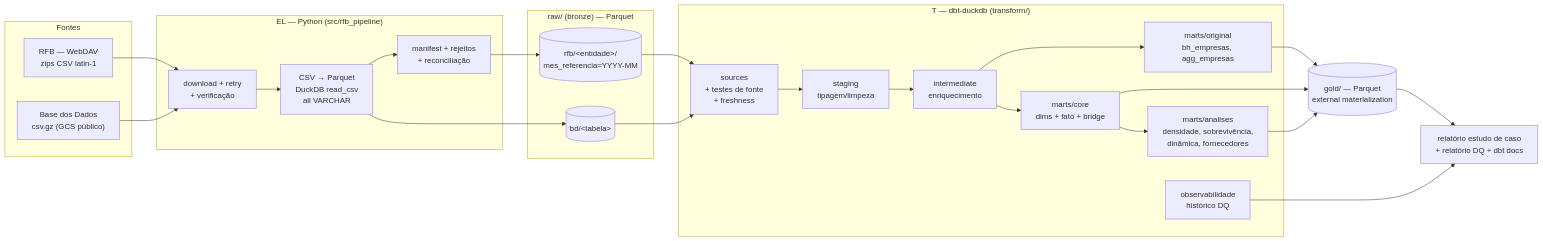
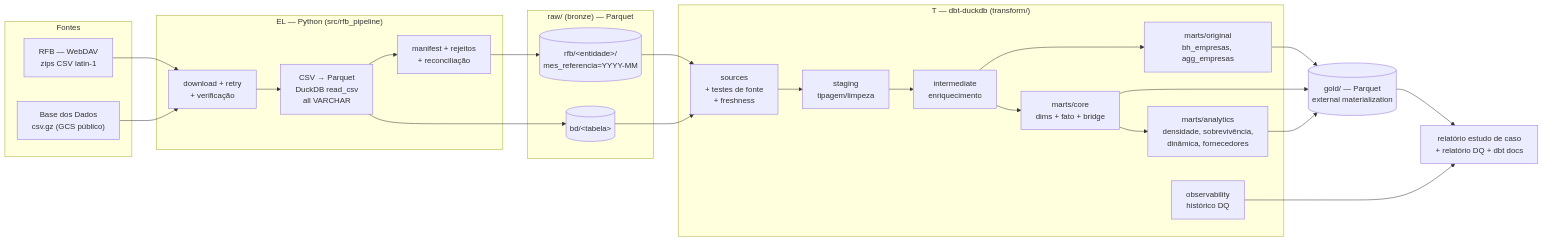
One commit to llrt/dbt-pipeline-rfb-v2 changed the first of 3 diagrams in ARCHITECTURE.md. Above: the diagram before and after it, drawn with Mermaid. The commit also changed other lines of this file and 12 other files, not shown here.

````diff
--- a/ARCHITECTURE.md
+++ b/ARCHITECTURE.md
@@ -12,40 +12,40 @@
 ```mermaid
 flowchart LR
     subgraph Fontes
       RFB["RFB — WebDAV<br/>zips CSV latin-1"]
       BD["Base dos Dados<br/>csv.gz (GCS público)"]
     end
     subgraph EL["EL — Python (src/rfb_pipeline)"]
       DL[download + retry<br/>+ verificação]
       CV[CSV → Parquet<br/>DuckDB read_csv<br/>all VARCHAR]
       MF[manifest + rejeitos<br/>+ reconciliação]
     end
     subgraph RAW["raw/ (bronze) — Parquet"]
       R1[(rfb/&lt;entidade&gt;/<br/>mes_referencia=YYYY-MM)]
       R2[(bd/&lt;tabela&gt;)]
     end
     subgraph DBT["T — dbt-duckdb (transform/)"]
       SRC[sources<br/>+ testes de fonte<br/>+ freshness]
       STG[staging<br/>tipagem/limpeza]
       INT[intermediate<br/>enriquecimento]
       ORI[marts/original<br/>bh_empresas, agg_empresas]
       CORE[marts/core<br/>dims + fato + bridge]
-      ANA[marts/analises<br/>densidade, sobrevivência,<br/>dinâmica, fornecedores]
-      OBS[observabilidade<br/>histórico DQ]
+      ANA[marts/analytics<br/>densidade, sobrevivência,<br/>dinâmica, fornecedores]
+      OBS[observability<br/>histórico DQ]
     end
     GOLD[(gold/ — Parquet<br/>external materialization)]
     REP[relatório estudo de caso<br/>+ relatório DQ + dbt docs]
 
     RFB --> DL --> CV --> MF --> R1
     BD --> DL
     CV --> R2
     R1 --> SRC
     R2 --> SRC
     SRC --> STG --> INT --> ORI
     INT --> CORE --> ANA
     ORI --> GOLD
     CORE --> GOLD
     ANA --> GOLD
     GOLD --> REP
     OBS --> REP
 ```
````
